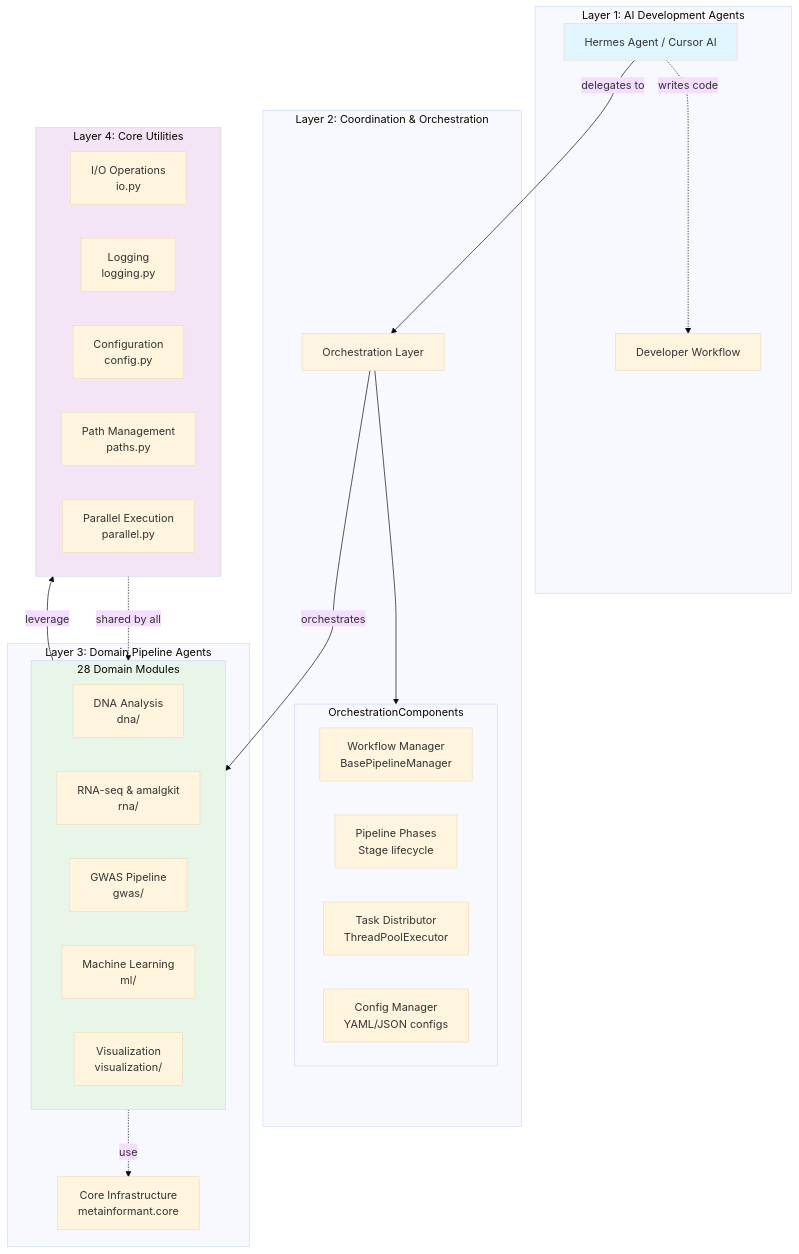
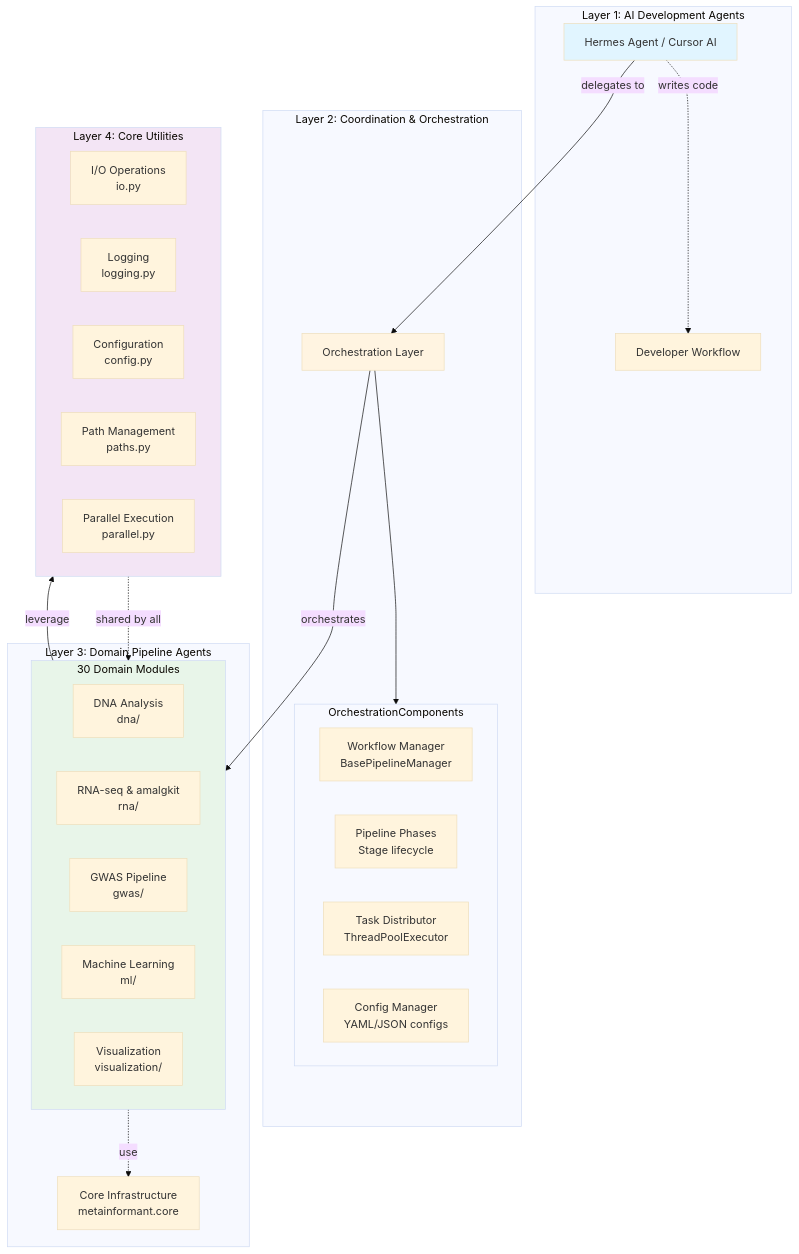
Before and after one commit to docxology/MetaInformAnt: the diagram in docs/agents/README.md, drawn with Mermaid (base theme). The commit also changed other lines of this file and 115 other files, not shown here.

````diff
--- a/docs/agents/README.md
+++ b/docs/agents/README.md
@@ -20,47 +20,47 @@
 ```mermaid
 flowchart TB
     subgraph A[Layer 1: AI Development Agents]
         AI[Hermes Agent / Cursor AI]
         AI -.->|writes code| DEV[Developer Workflow]
     end
 
     subgraph B[Layer 2: Coordination & Orchestration]
         ORCH[Orchestration Layer]
         subgraph OrchestrationComponents
             WM[Workflow Manager<br/>BasePipelineManager]
             PF[Pipeline Phases<br/>Stage lifecycle]
             TM[Task Distributor<br/>ThreadPoolExecutor]
             CM[Config Manager<br/>YAML/JSON configs]
         end
         ORCH --> OrchestrationComponents
     end
 
     subgraph C[Layer 3: Domain Pipeline Agents]
-        subgraph DomainAgents[28 Domain Modules]
+        subgraph DomainAgents[30 Domain Modules]
             DNA[DNA Analysis<br/>dna/]
             RNA[RNA-seq & amalgkit<br/>rna/]
             GWAS[GWAS Pipeline<br/>gwas/]
             ML[Machine Learning<br/>ml/]
             VIZ[Visualization<br/>visualization/]
         end
         DomainAgents -.->|use| CORE[Core Infrastructure<br/>metainformant.core]
     end
 
     subgraph D[Layer 4: Core Utilities]
         IO[I/O Operations<br/>io.py]
         LOG[Logging<br/>logging.py]
         CFG[Configuration<br/>config.py]
         PATH[Path Management<br/>paths.py]
         PAR[Parallel Execution<br/>parallel.py]
     end
 
     AI -->|delegates to| ORCH
     ORCH -->|orchestrates| DomainAgents
     DomainAgents -->|leverage| D
     D -.->|shared by all| DomainAgents
 
     style AI fill:#e1f5ff
     style ORCH fill:#fff4e1
     style DomainAgents fill:#e8f5e9
     style D fill:#f3e5f5
 ```
````
